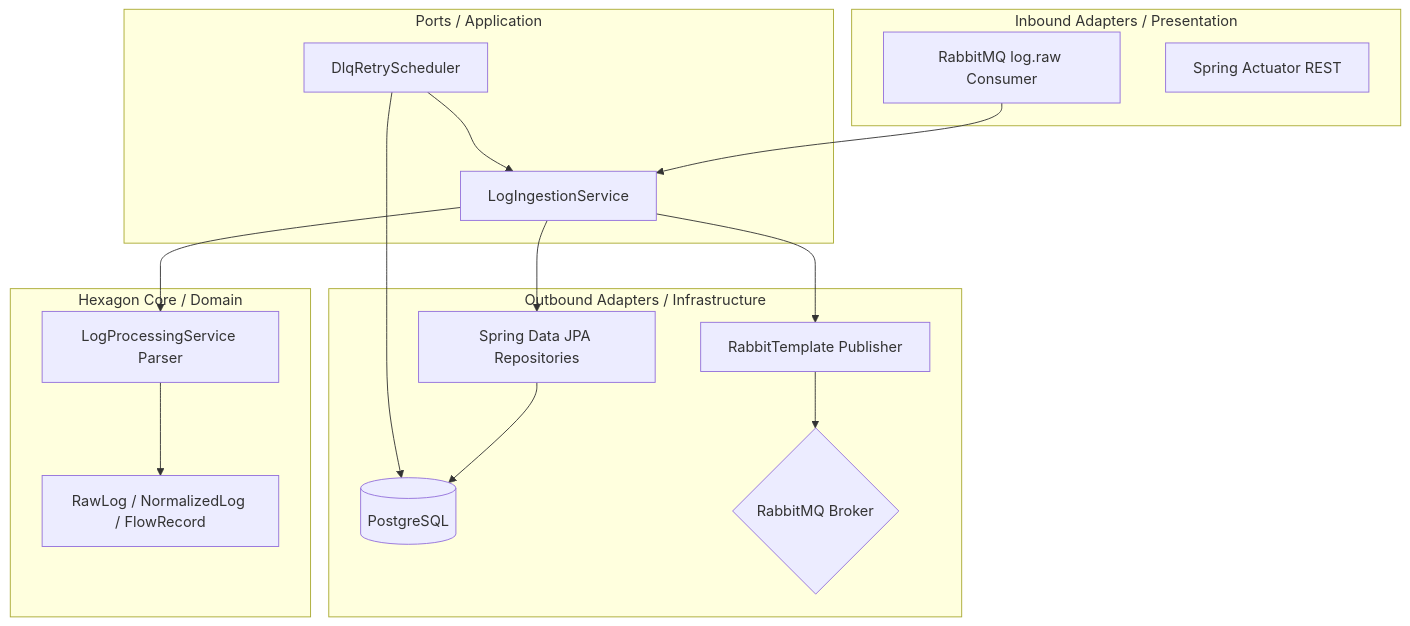
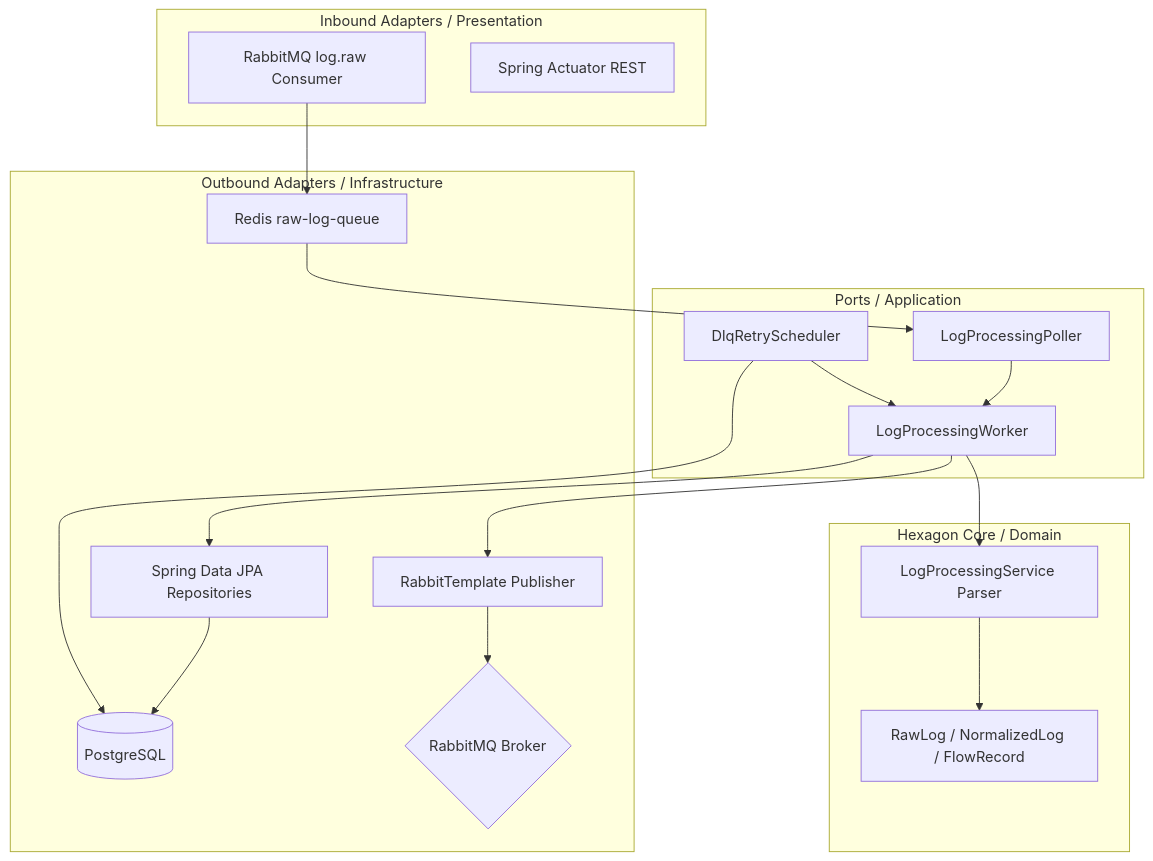
One commit to nvh12/log-analyzer changed the diagram in docs/LogProcessingService.md. Above: the diagram before and after it, drawn with Mermaid. The commit also changed 3 other files, not shown here.

````diff
--- a/docs/LogProcessingService.md
+++ b/docs/LogProcessingService.md
@@ -16,34 +16,38 @@
 ```mermaid
 graph TD
     subgraph Inbound Adapters / Presentation
         Listener[RabbitMQ log.raw Consumer]
         Actuator[Spring Actuator REST]
     end
 
     subgraph Ports / Application
-        IngestService[LogIngestionService]
+        Poller[LogProcessingPoller]
+        Worker[LogProcessingWorker]
         RetryScheduler[DlqRetryScheduler]
     end
 
     subgraph Hexagon Core / Domain
         Parser[LogProcessingService Parser]
         Entity[RawLog / NormalizedLog / FlowRecord]
     end
 
     subgraph Outbound Adapters / Infrastructure
+        Queue[Redis raw-log-queue]
         JPA[Spring Data JPA Repositories]
         DB[(PostgreSQL)]
         Rabbit[RabbitTemplate Publisher]
         RMQ{RabbitMQ Broker}
     end
 
-    Listener --> IngestService
-    IngestService --> Parser
+    Listener --> Queue
+    Queue --> Poller
+    Poller --> Worker
+    Worker --> Parser
     Parser --> Entity
-    IngestService --> JPA
+    Worker --> JPA
     JPA --> DB
-    IngestService --> Rabbit
+    Worker --> Rabbit
     Rabbit --> RMQ
-    RetryScheduler --> IngestService
+    RetryScheduler --> Worker
     RetryScheduler --> DB
 ```
````
